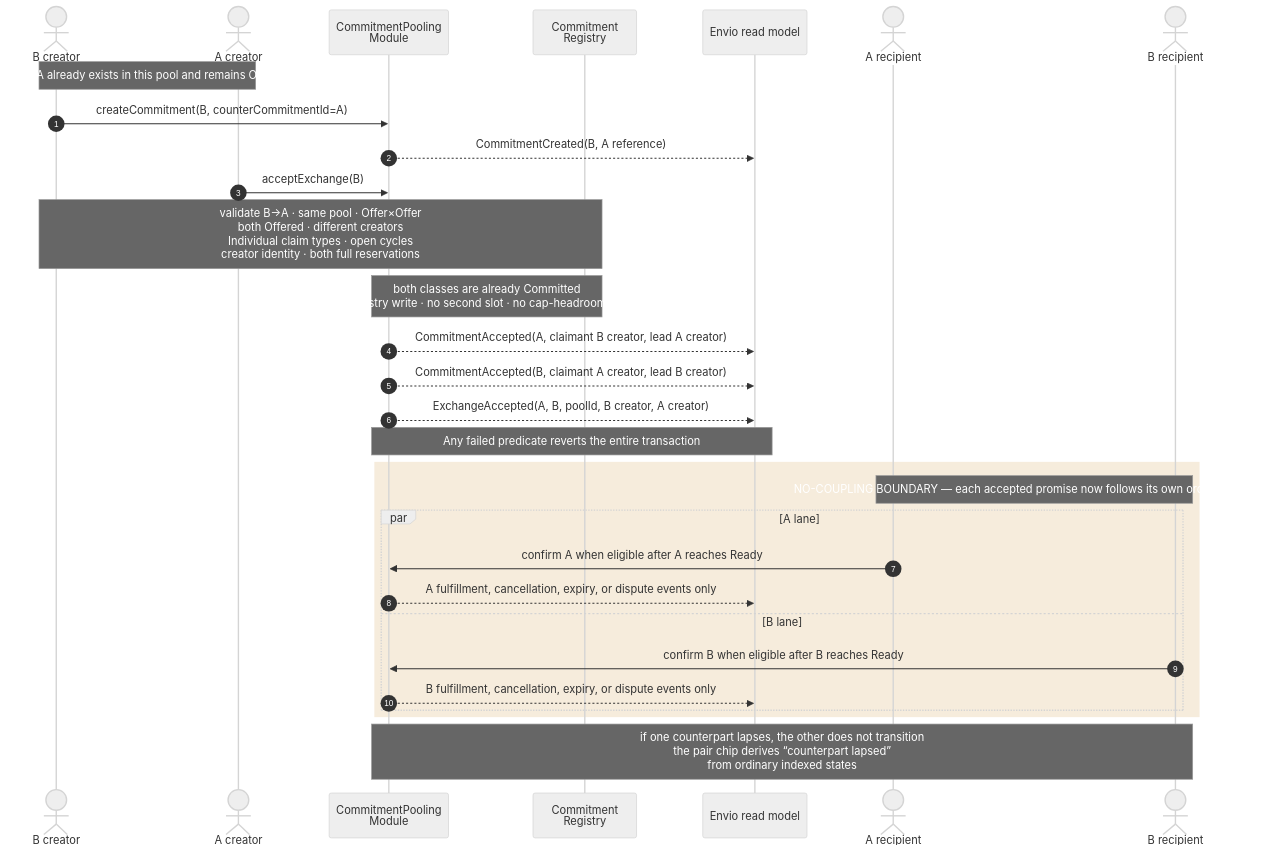
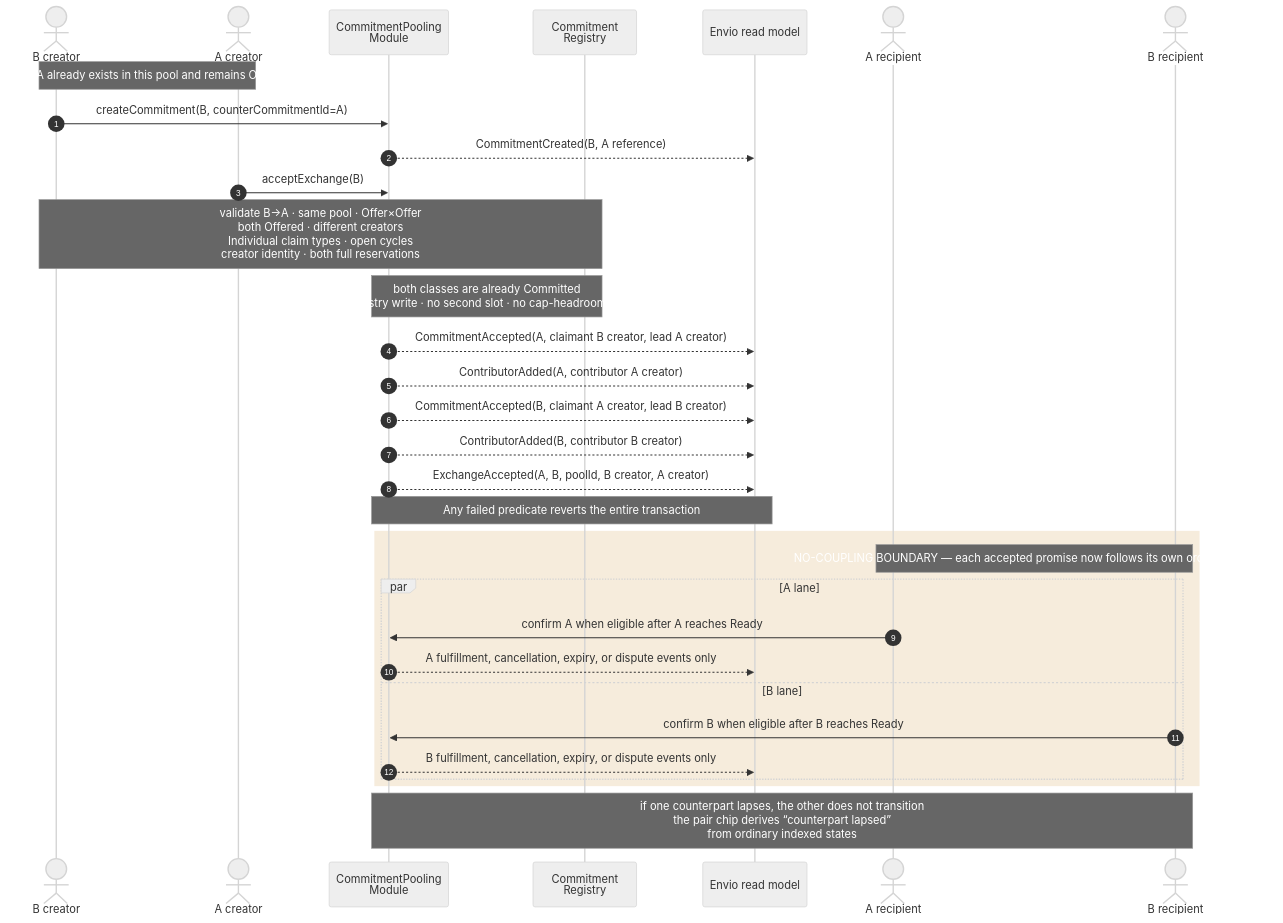
One commit to greenpill-dev-guild/green-goods changed diagram 19 of 40 in .plans/active/commitment-pooling/diagrams.md. Above: the diagram before and after it, drawn with Mermaid (neutral theme). The commit also changed other lines of this file and 8 other files, not shown here.

````diff
--- a/.plans/active/commitment-pooling/diagrams.md
+++ b/.plans/active/commitment-pooling/diagrams.md
@@ -1008,34 +1012,36 @@
 ```mermaid
 sequenceDiagram
   autonumber
   actor BC as B creator
   actor AC as A creator
   participant M as CommitmentPooling<br/>Module
   participant R as Commitment<br/>Registry
   participant I as Envio read model
   actor AR as A recipient
   actor BR as B recipient
 
   Note over BC,AC: Offer A already exists in this pool and remains Offered
   BC->>M: createCommitment(B, counterCommitmentId=A)
   M-->>I: CommitmentCreated(B, A reference)
   AC->>M: acceptExchange(B)
   Note over BC,R: validate B→A · same pool · Offer×Offer<br/>both Offered · different creators<br/>Individual claim types · open cycles<br/>creator identity · both full reservations
   Note over M,R: both classes are already Committed<br/>no registry write · no second slot · no cap-headroom check
   M-->>I: CommitmentAccepted(A, claimant B creator, lead A creator)
+  M-->>I: ContributorAdded(A, contributor A creator)
   M-->>I: CommitmentAccepted(B, claimant A creator, lead B creator)
+  M-->>I: ContributorAdded(B, contributor B creator)
   M-->>I: ExchangeAccepted(A, B, poolId, B creator, A creator)
   Note over M,I: Any failed predicate reverts the entire transaction
 
   rect rgb(246, 236, 220)
     Note over AR,BR: NO-COUPLING BOUNDARY — each accepted promise now follows its own ordinary lifecycle
     par A lane
       AR->>M: confirm A when eligible after A reaches Ready
       M-->>I: A fulfillment, cancellation, expiry, or dispute events only
     and B lane
       BR->>M: confirm B when eligible after B reaches Ready
       M-->>I: B fulfillment, cancellation, expiry, or dispute events only
     end
   end
   Note over M,BR: if one counterpart lapses, the other does not transition<br/>the pair chip derives “counterpart lapsed”<br/>from ordinary indexed states
 ```
````
